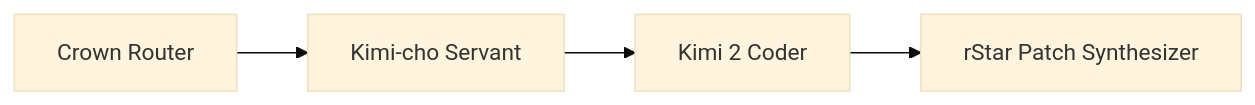
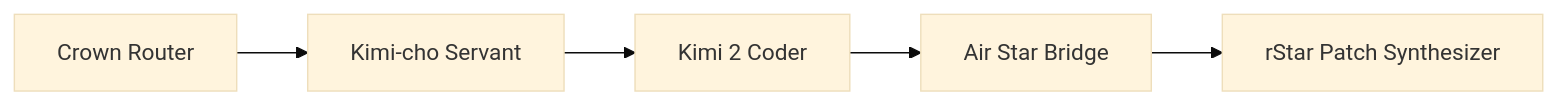
The sixth of 17 diagrams in docs/system_blueprint.md (DINGIRABZU/ABZU), drawn with Mermaid (base theme) before and after one commit. The commit also changed other lines of this file, not shown here.

Commit message:
docs: add air star to crown escalation ladder

````diff
--- a/docs/system_blueprint.md
+++ b/docs/system_blueprint.md
@@ -269,11 +269,13 @@
 ```mermaid
 flowchart LR
     Crown[Crown Router]
     Kimicho[Kimi-cho Servant]
     Kimi2[Kimi 2 Coder]
+    AirStar[Air Star Bridge]
     rStar[rStar Patch Synthesizer]
 
     Crown --> Kimicho
     Kimicho --> Kimi2
-    Kimi2 --> rStar
+    Kimi2 --> AirStar
+    AirStar --> rStar
 ```
````
